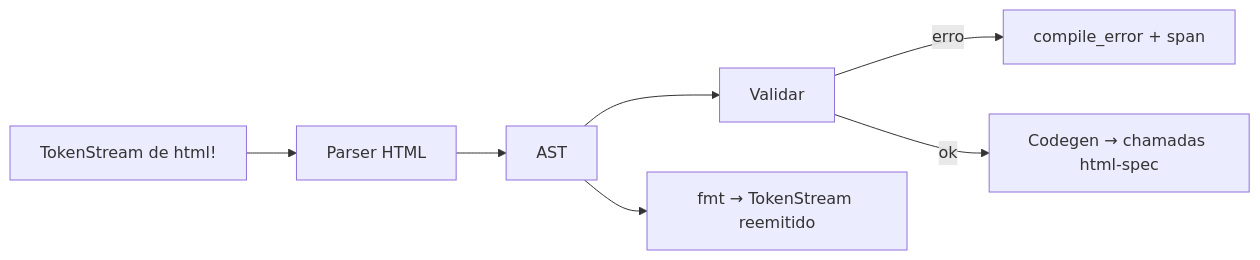
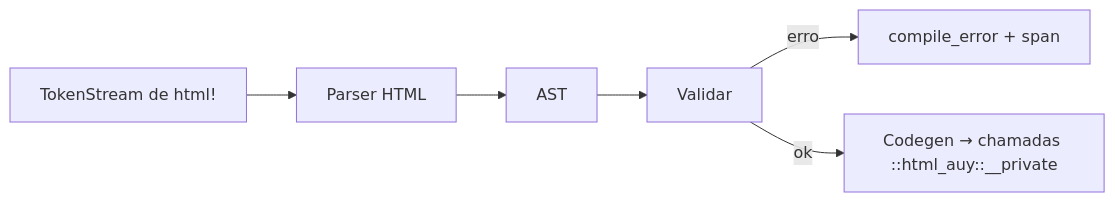
Before and after one commit to st-all-one/html-auy: the second of 3 diagrams in docs/01-arquitetura.md, drawn with Mermaid. The commit also changed other lines of this file and 421 other files, not shown here.

First line of the commit message:
feat(release): preparar html-auy 0.1.0 para publicação

````diff
--- a/docs/01-arquitetura.md
+++ b/docs/01-arquitetura.md
@@ -56,9 +52,8 @@
 ```mermaid
 graph LR
   A[TokenStream de html!] --> B[Parser HTML]
   B --> C[AST]
   C --> D[Validar]
   D -->|erro| E[compile_error + span]
-  D -->|ok| F[Codegen → chamadas html-spec]
-  C --> G[fmt → TokenStream reemitido]
+  D -->|ok| F[Codegen → chamadas ::html_auy::__private]
 ```
````
